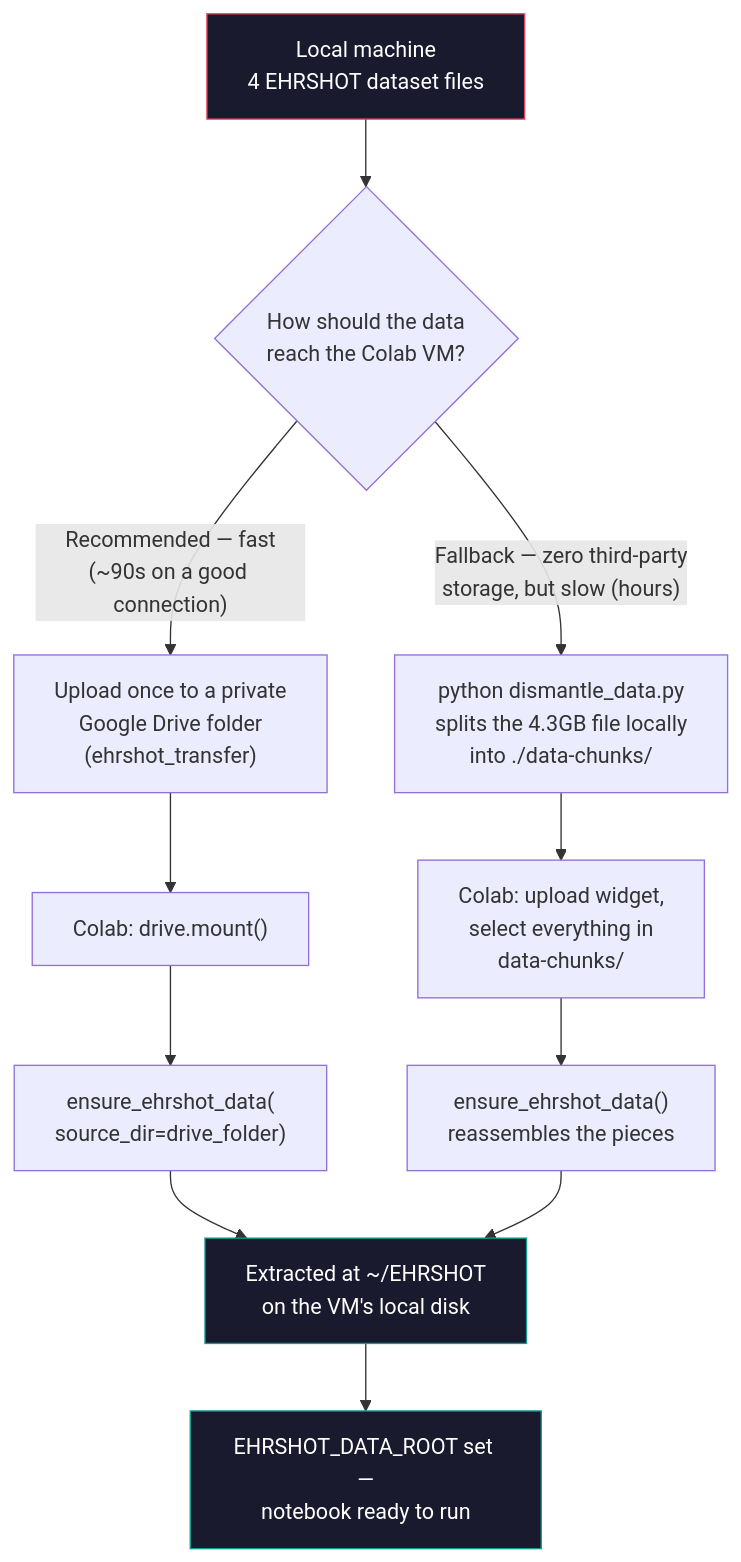
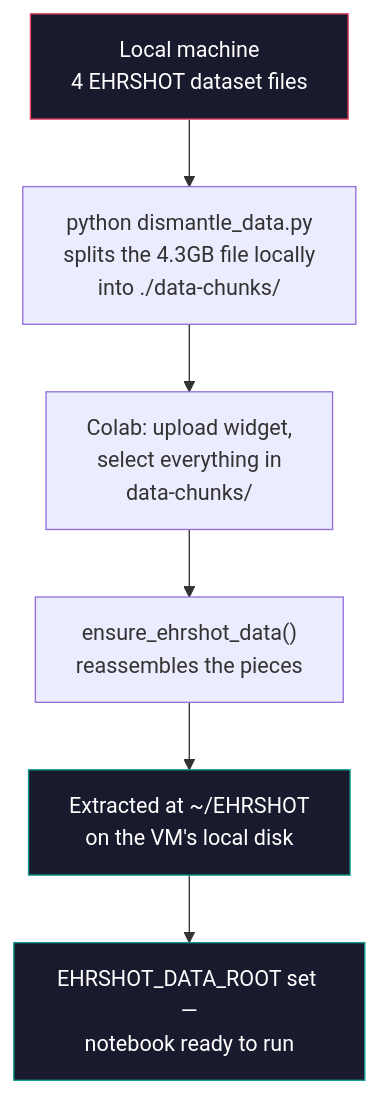
Before and after one commit to patient-graph-lab/ehrshot-patient-graphs: the diagram in README.md, drawn with Mermaid. The commit also changed other lines of this file and 5 other files, not shown here.

````diff
--- a/README.md
+++ b/README.md
@@ -76,22 +76,12 @@
 ```mermaid
 flowchart TD
-    A["Local machine<br/>4 EHRSHOT dataset files"] --> B{"How should the data<br/>reach the Colab VM?"}
-
-    B -->|"Recommended — fast<br/>(~90s on a good connection)"| C["Upload once to a private<br/>Google Drive folder<br/>(ehrshot_transfer)"]
-    B -->|"Fallback — zero third-party<br/>storage, but slow (hours)"| D["python dismantle_data.py<br/>splits the 4.3GB file locally<br/>into ./data-chunks/"]
-
-    C --> E["Colab: drive.mount()"]
-    D --> F["Colab: upload widget,<br/>select everything in<br/>data-chunks/"]
-
-    E --> G["ensure_ehrshot_data(<br/>source_dir=drive_folder)"]
-    F --> H["ensure_ehrshot_data()<br/>reassembles the pieces"]
-
-    G --> I["Extracted at ~/EHRSHOT<br/>on the VM's local disk"]
-    H --> I
-
-    I --> J["EHRSHOT_DATA_ROOT set —<br/>notebook ready to run"]
+    A["Local machine<br/>4 EHRSHOT dataset files"] --> B["python dismantle_data.py<br/>splits the 4.3GB file locally<br/>into ./data-chunks/"]
+    B --> C["Colab: upload widget,<br/>select everything in<br/>data-chunks/"]
+    C --> D["ensure_ehrshot_data()<br/>reassembles the pieces"]
+    D --> E["Extracted at ~/EHRSHOT<br/>on the VM's local disk"]
+    E --> F["EHRSHOT_DATA_ROOT set —<br/>notebook ready to run"]
 
     style A fill:#1a1a2e,stroke:#e94560,color:#fff
-    style I fill:#1a1a2e,stroke:#0f9b8e,color:#fff
-    style J fill:#1a1a2e,stroke:#0f9b8e,color:#fff
+    style E fill:#1a1a2e,stroke:#0f9b8e,color:#fff
+    style F fill:#1a1a2e,stroke:#0f9b8e,color:#fff
 ```
````
